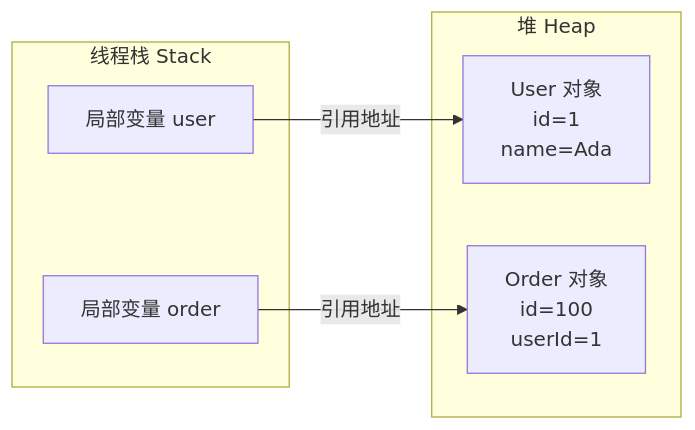
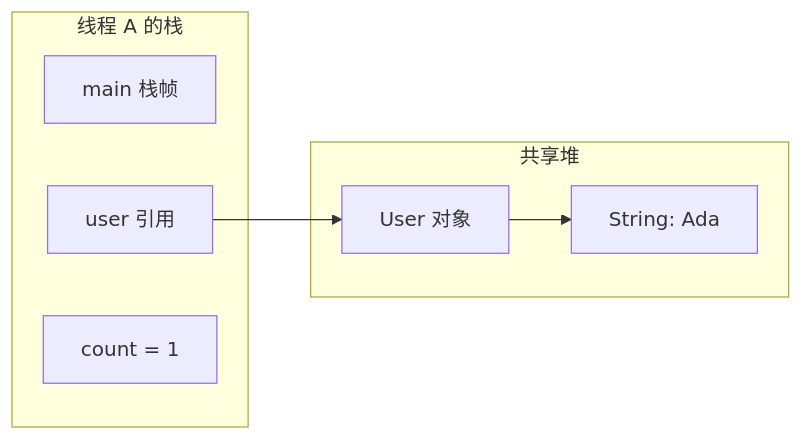
Before and after one commit to yokry-he/yok-study-web: the third of 29 diagrams in docs/java/visual-guide.md, drawn with Mermaid. The commit also changed other lines of this file and 277 other files, not shown here.

````diff
--- a/docs/java/visual-guide.md
+++ b/docs/java/visual-guide.md
@@ -54,15 +70,14 @@
 ```mermaid
 flowchart LR
-  subgraph Stack["线程栈 Stack"]
-    A["局部变量 user"]
-    B["局部变量 order"]
+  subgraph STACK["线程 A 的栈"]
+    F1["main 栈帧"]
+    REF["user 引用"]
+    COUNT["count = 1"]
   end
-
-  subgraph Heap["堆 Heap"]
-    C["User 对象<br/>id=1<br/>name=Ada"]
-    D["Order 对象<br/>id=100<br/>userId=1"]
+  subgraph HEAP["共享堆"]
+    USER["User 对象"]
+    NAME["String: Ada"]
   end
-
-  A -- "引用地址" --> C
-  B -- "引用地址" --> D
+  REF --> USER
+  USER --> NAME
 ```
````
